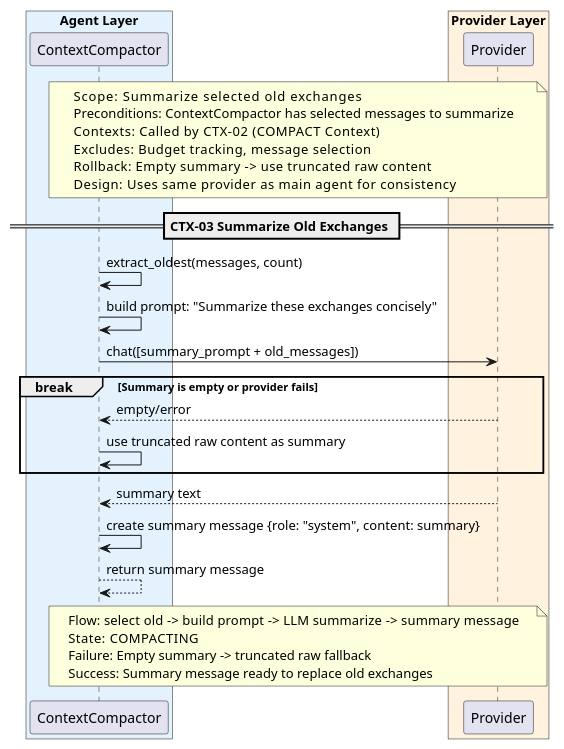
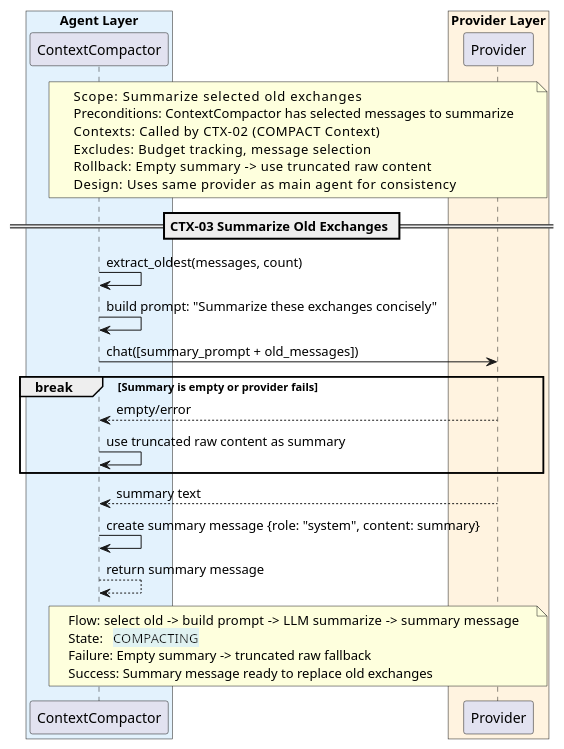
The diagram in docs/SQ/CTX/sq_ctx03_distill_nodes.puml (salimnamvar/nasim), drawn with PlantUML before and after one commit. The commit also changed 141 other files, not shown here.

```diff
--- a/docs/SQ/CTX/sq_ctx03_distill_nodes.puml
+++ b/docs/SQ/CTX/sq_ctx03_distill_nodes.puml
@@ -1,50 +1,50 @@
-@startuml sq_ctx03_summarize_old_exchanges
+@startuml sq_ctx03_distill_nodes
 ' ============================================================
-' Title:     CTX-03 — Summarize Old Exchanges
+' Title:     CTX-03 — Distill Nodes
 ' Boundary:  nasim code agent CLI
 ' Purpose:   Summarize old message exchanges into compact form
 ' Milestone: v1.0
 ' Version:   2.0.0
 ' Source:    docs/audit/audit_2026-06-20_capability-and-architecture.md
 ' Review:    —
 ' ============================================================
 
 box "Agent Layer" #E3F2FD
   participant "ContextCompactor" as compactor
 end box
 box "Provider Layer" #FFF3E0
   participant "Provider" as provider
 end box
 
 note over compactor, provider
   Scope:          Summarize selected old exchanges
   Preconditions:  ContextCompactor has selected messages to summarize
   Contexts:       Called by CTX-02 (COMPACT Context)
   Excludes:       Budget tracking, message selection
   Rollback:       Empty summary -> use truncated raw content
   Design:         Uses same provider as main agent for consistency
 end note
 
 == CTX-03 Summarize Old Exchanges ==
 
 compactor -> compactor : extract_oldest(messages, count)
 compactor -> compactor : build prompt: "Summarize these exchanges concisely"
 compactor -> provider : chat([summary_prompt + old_messages])
 
 break Summary is empty or provider fails
     provider --> compactor : empty/error
     compactor -> compactor : use truncated raw content as summary
 end
 
 provider --> compactor : summary text
 compactor -> compactor : create summary message {role: "system", content: summary}
 compactor --> compactor : return summary message
 
 note over compactor, provider
   Flow:    select old -> build prompt -> LLM summarize -> summary message
-  State:   COMPACTING
+  State:   <back:#E0F2F1>COMPACTING</back>
   Failure: Empty summary -> truncated raw fallback
   Success: Summary message ready to replace old exchanges
 end note
 
 @enduml
```
